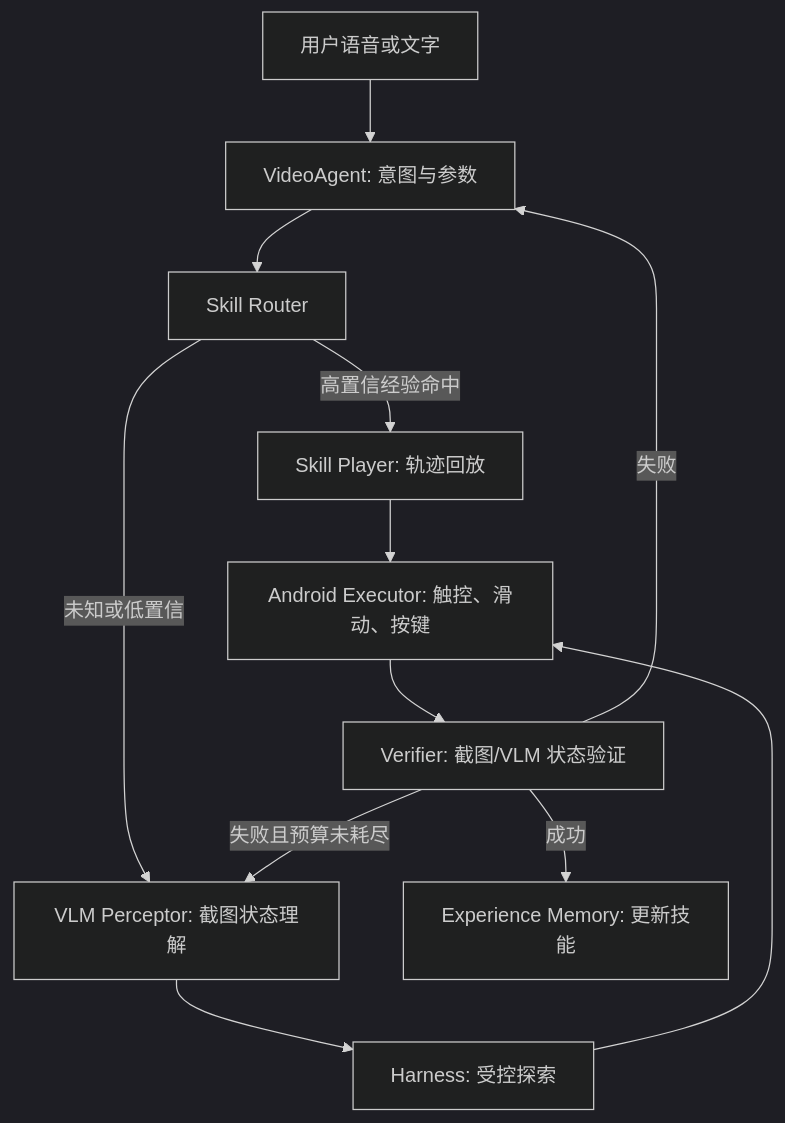
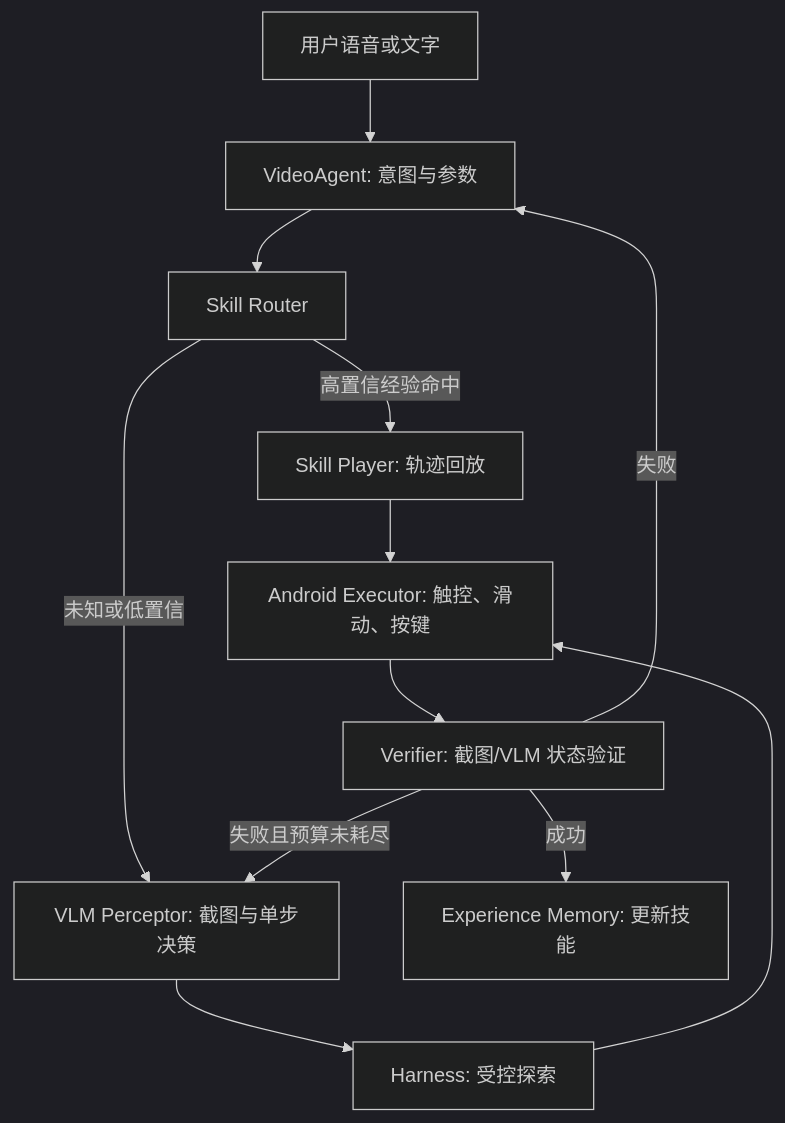
One commit to omit-GitHub/Agent-project changed the diagram in GUIAgent_VLM_Experience_Memory_Design.md. Above: the diagram before and after it, drawn with Mermaid (dark theme). The commit also changed other lines of this file and 17 other files, not shown here.

First line of the commit message:
feat: VLM 集成 Phase 1 — 截图→VLM 观察→执行→验证闭环

````diff
--- a/GUIAgent_VLM_Experience_Memory_Design.md
+++ b/GUIAgent_VLM_Experience_Memory_Design.md
@@ -11,14 +13,14 @@
 ```mermaid
 flowchart TD
     U[用户语音或文字] --> A[VideoAgent: 意图与参数]
     A --> R[Skill Router]
     R -->|高置信经验命中| P[Skill Player: 轨迹回放]
-    R -->|未知或低置信| V[VLM Perceptor: 截图状态理解]
+    R -->|未知或低置信| V[VLM Perceptor: 截图与单步决策]
     V --> H[Harness: 受控探索]
     H --> X[Android Executor: 触控、滑动、按键]
     P --> X
     X --> Q[Verifier: 截图/VLM 状态验证]
     Q -->|成功| M[Experience Memory: 更新技能]
     Q -->|失败且预算未耗尽| V
     Q -->|失败| A
 ```
````
